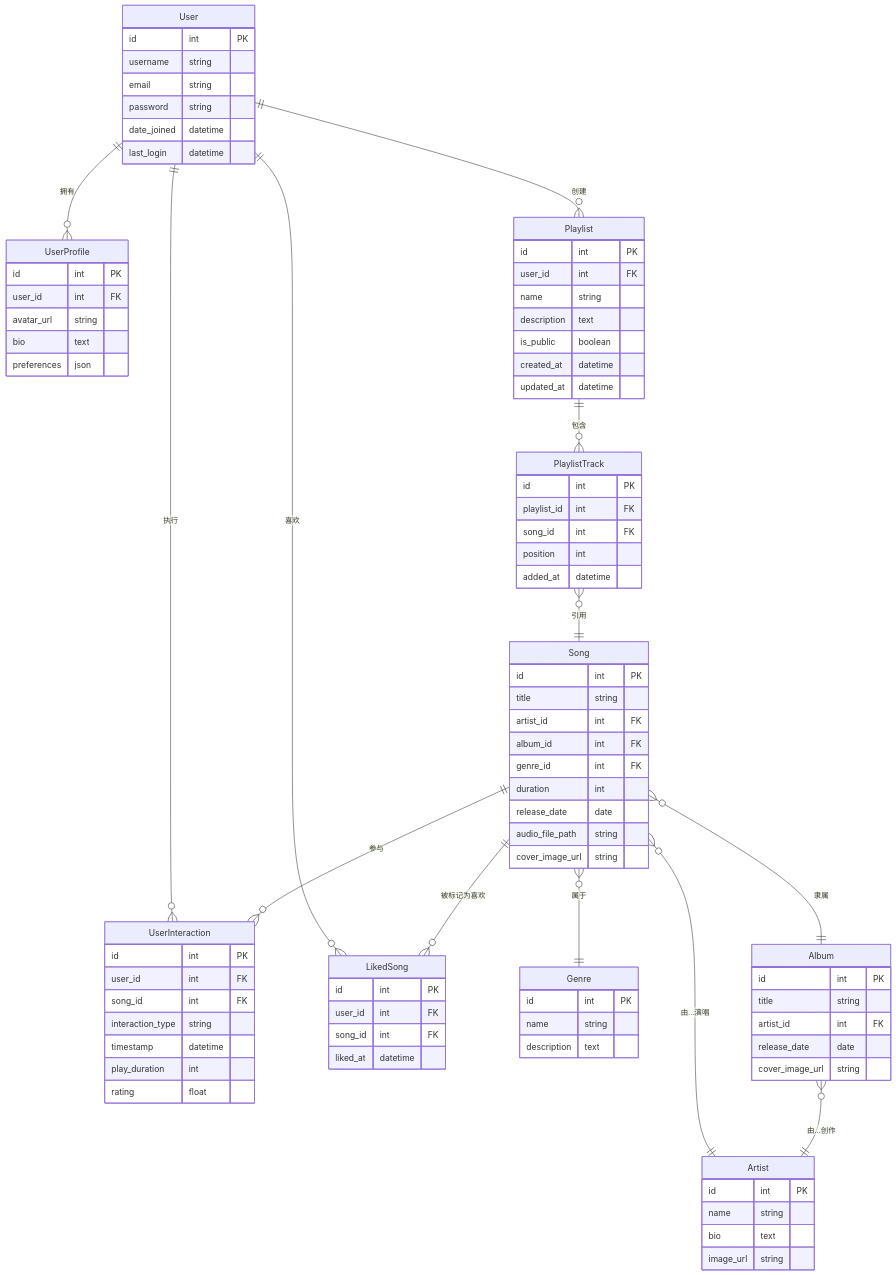
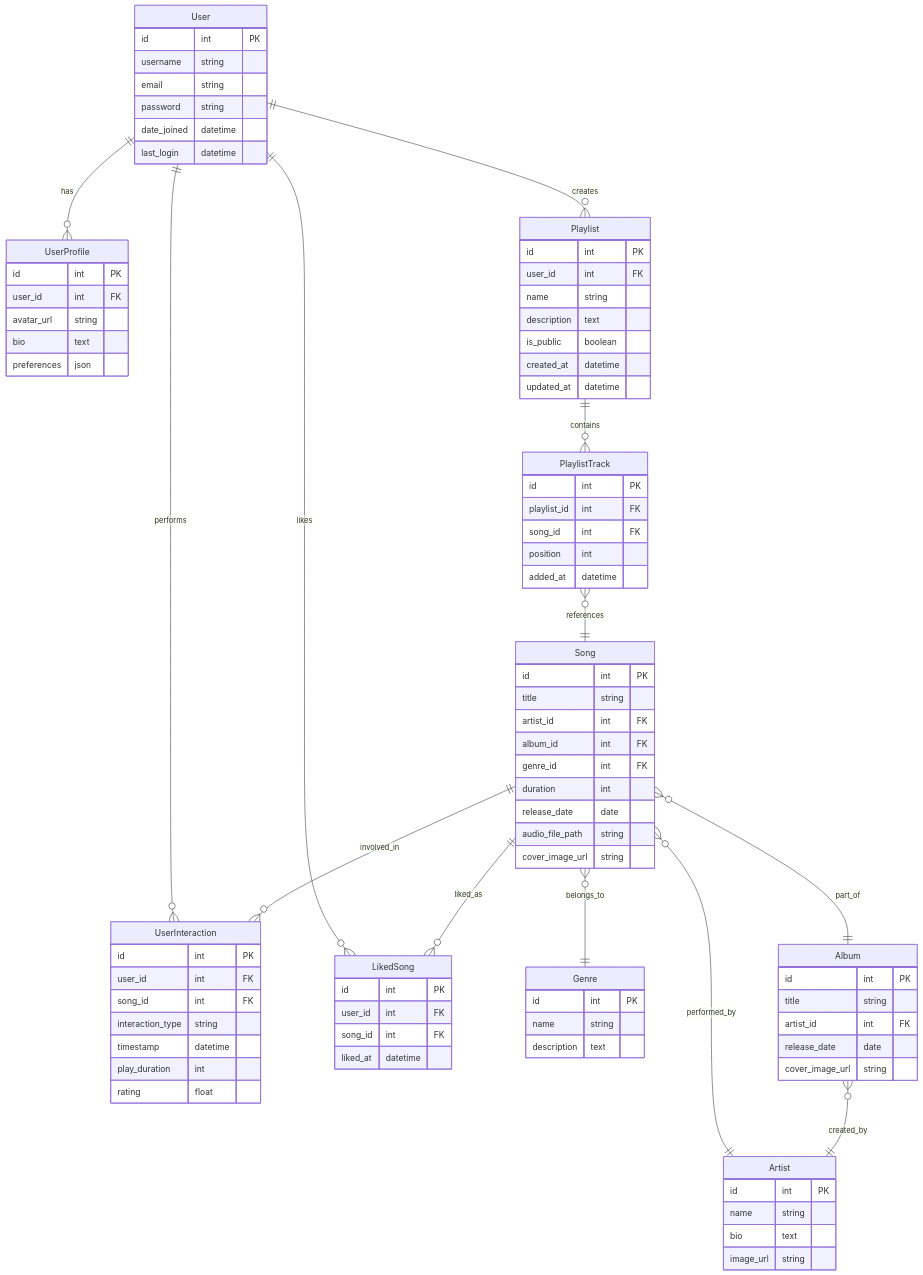
The diagram in docs/backend/database.md (SOV710/RhythmFusion), drawn with Mermaid before and after one commit. The commit also changed 5 other files, not shown here.

````diff
--- a/docs/backend/database.md
+++ b/docs/backend/database.md
@@ -13,21 +13,21 @@
 ```mermaid
 erDiagram
-    User ||--o{ UserProfile : 拥有
-    User ||--o{ Playlist : 创建
-    User ||--o{ UserInteraction : 执行
-    User ||--o{ LikedSong : 喜欢
-    
-    Playlist ||--o{ PlaylistTrack : 包含
-    PlaylistTrack }o--|| Song : 引用
-    
-    Song ||--o{ LikedSong : 被标记为喜欢
-    Song ||--o{ UserInteraction : 参与
-    Song }o--|| Genre : 属于
-    Song }o--|| Artist : 由…演唱
-    Song }o--|| Album : 隶属
-    
-    Album }o--|| Artist : 由…创作
-    
+    User ||--o{ UserProfile : has
+    User ||--o{ Playlist : creates
+    User ||--o{ UserInteraction : performs
+    User ||--o{ LikedSong : likes
+  
+    Playlist ||--o{ PlaylistTrack : contains
+    PlaylistTrack }o--|| Song : references
+  
+    Song ||--o{ LikedSong : liked_as
+    Song ||--o{ UserInteraction : involved_in
+    Song }o--|| Genre : belongs_to
+    Song }o--|| Artist : performed_by
+    Song }o--|| Album : part_of
+  
+    Album }o--|| Artist : created_by
+  
     UserInteraction {
         id int PK
         user_id int FK
@@ -37,7 +37,7 @@
         play_duration int
         rating float
     }
-    
+  
     User {
         id int PK
         username string
@@ -46,7 +46,7 @@
         date_joined datetime
         last_login datetime
     }
-    
+  
     UserProfile {
         id int PK
         user_id int FK
@@ -54,7 +54,7 @@
         bio text
         preferences json
     }
-    
+  
     Song {
         id int PK
         title string
@@ -66,7 +66,7 @@
         audio_file_path string
         cover_image_url string
     }
-    
+  
     Playlist {
         id int PK
         user_id int FK
@@ -76,7 +76,7 @@
         created_at datetime
         updated_at datetime
     }
-    
+  
     PlaylistTrack {
         id int PK
         playlist_id int FK
@@ -84,20 +84,20 @@
         position int
         added_at datetime
     }
-    
+  
     Genre {
         id int PK
         name string
         description text
     }
-    
+  
     Artist {
         id int PK
         name string
         bio text
         image_url string
     }
-    
+  
     Album {
         id int PK
         title string
@@ -105,7 +105,7 @@
         release_date date
         cover_image_url string
     }
-    
+  
     LikedSong {
         id int PK
         user_id int FK
````
